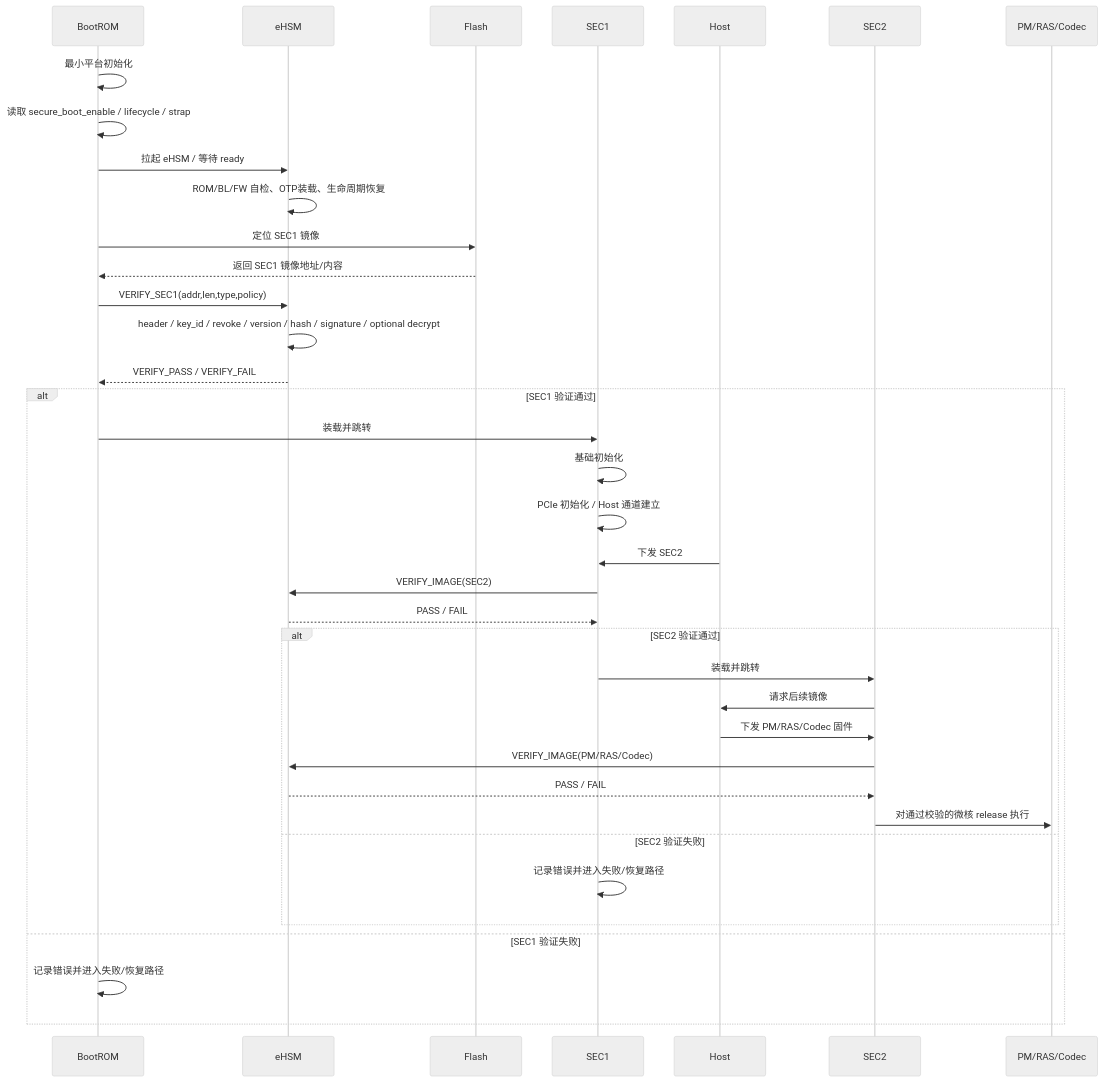
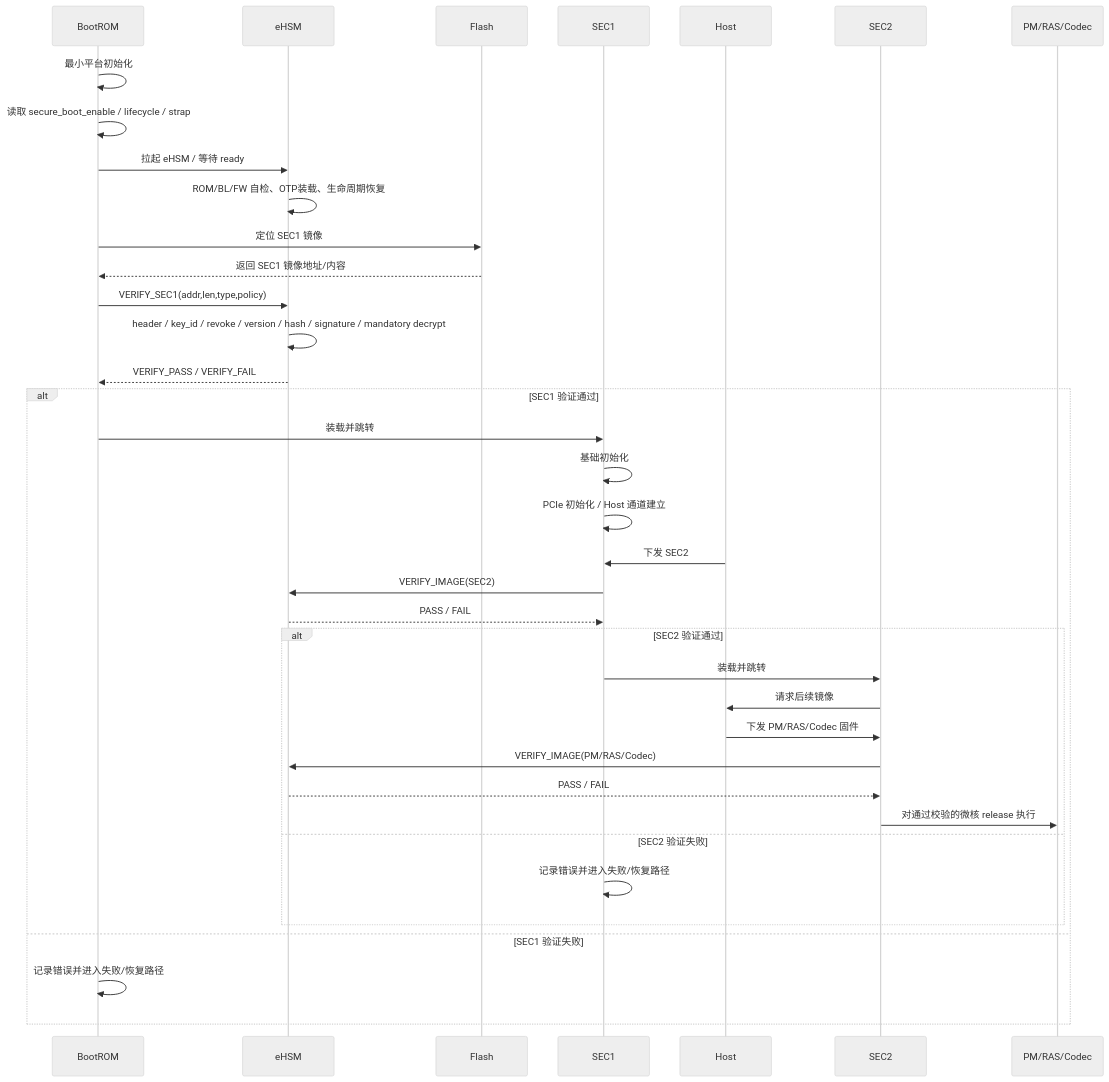
Before and after one commit to DBW19931021/security_-scheme: the third of 4 diagrams in ngu800_security_solution_flow_with_gpt/security_workflow/03_detailed_design/10_full_design.md, drawn with Mermaid (neutral theme). The commit also changed other lines of this file and 36 other files, not shown here.

````diff
--- a/ngu800_security_solution_flow_with_gpt/security_workflow/03_detailed_design/10_full_design.md
+++ b/ngu800_security_solution_flow_with_gpt/security_workflow/03_detailed_design/10_full_design.md
@@ -441,40 +445,40 @@
 ```mermaid
 sequenceDiagram
     participant BR as BootROM
     participant EH as eHSM
     participant FL as Flash
     participant S1 as SEC1
     participant H as Host
     participant S2 as SEC2
     participant MC as PM/RAS/Codec
 
     BR->>BR: 最小平台初始化
     BR->>BR: 读取 secure_boot_enable / lifecycle / strap
     BR->>EH: 拉起 eHSM / 等待 ready
     EH->>EH: ROM/BL/FW 自检、OTP装载、生命周期恢复
     BR->>FL: 定位 SEC1 镜像
     FL-->>BR: 返回 SEC1 镜像地址/内容
     BR->>EH: VERIFY_SEC1(addr,len,type,policy)
-    EH->>EH: header / key_id / revoke / version / hash / signature / optional decrypt
+    EH->>EH: header / key_id / revoke / version / hash / signature / mandatory decrypt
     EH-->>BR: VERIFY_PASS / VERIFY_FAIL
     alt SEC1 验证通过
         BR->>S1: 装载并跳转
         S1->>S1: 基础初始化
         S1->>S1: PCIe 初始化 / Host 通道建立
         H->>S1: 下发 SEC2
         S1->>EH: VERIFY_IMAGE(SEC2)
         EH-->>S1: PASS / FAIL
         alt SEC2 验证通过
             S1->>S2: 装载并跳转
             S2->>H: 请求后续镜像
             H->>S2: 下发 PM/RAS/Codec 固件
             S2->>EH: VERIFY_IMAGE(PM/RAS/Codec)
             EH-->>S2: PASS / FAIL
             S2->>MC: 对通过校验的微核 release 执行
         else SEC2 验证失败
             S1->>S1: 记录错误并进入失败/恢复路径
         end
     else SEC1 验证失败
         BR->>BR: 记录错误并进入失败/恢复路径
     end
 ```
````
